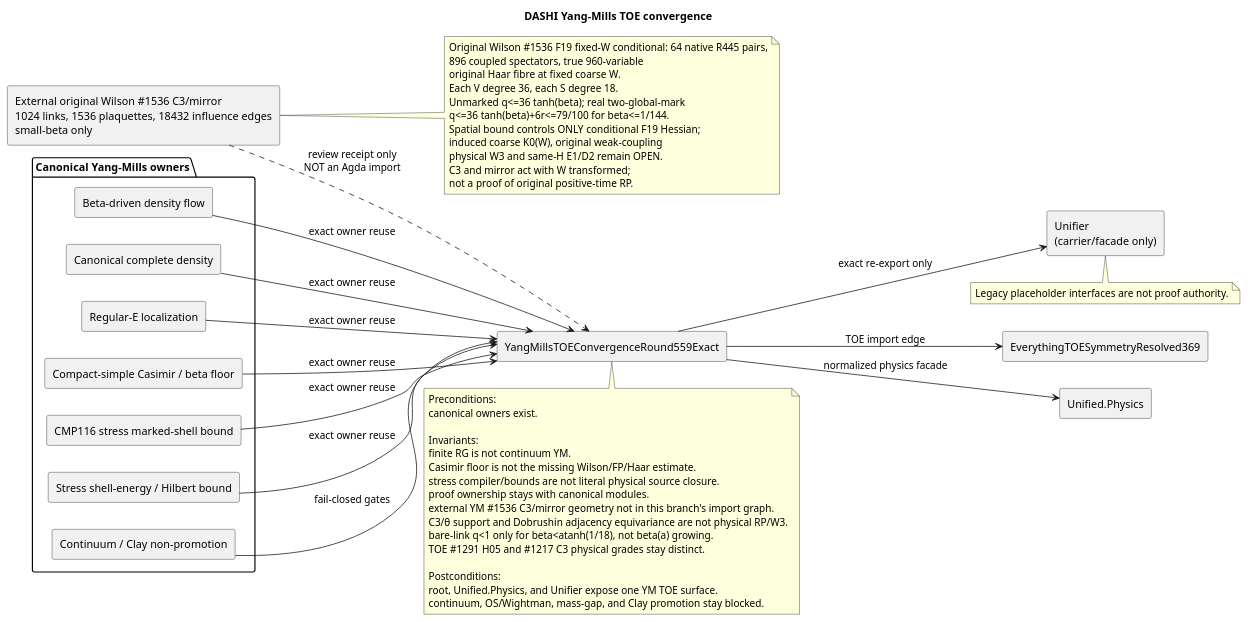
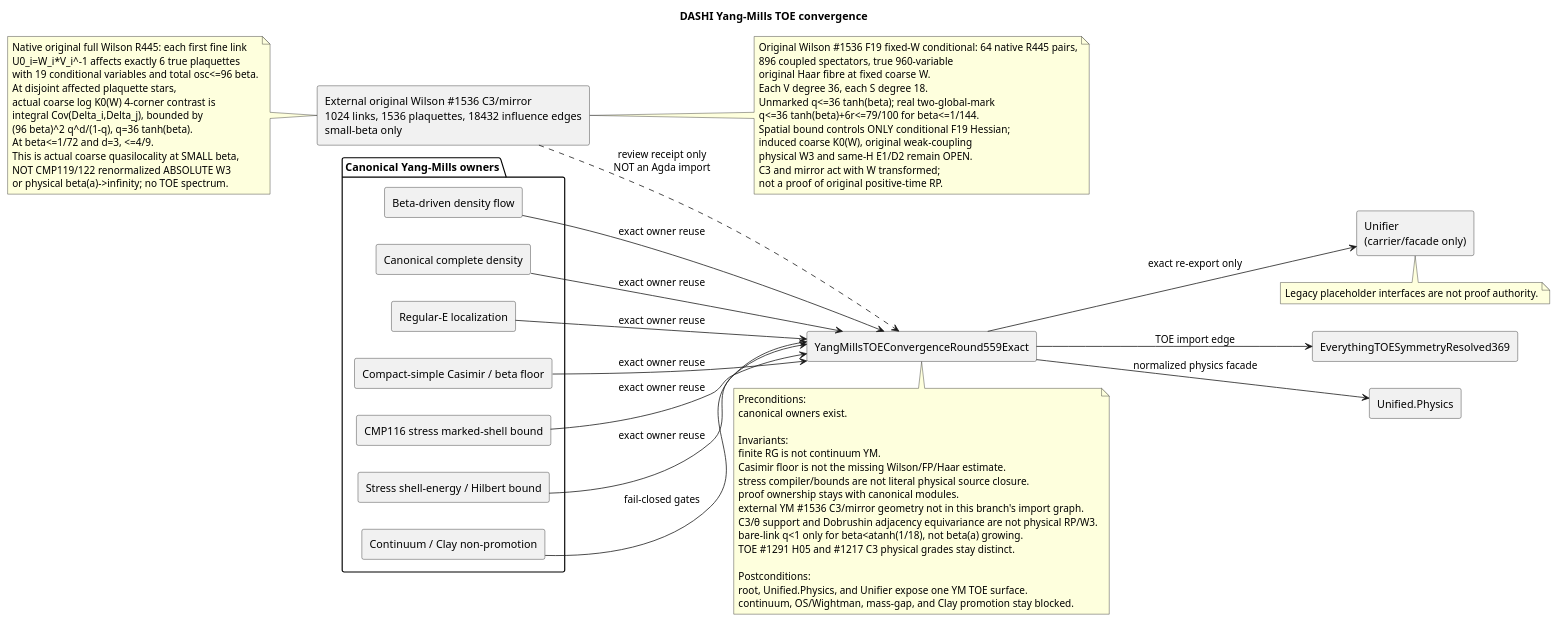
One commit to chboishabba/dashi_agda changed the diagram in Docs/diagrams/ym_toe_r559_convergence.puml. Above: the diagram before and after it, drawn with PlantUML.

Commit message:
TOE R559: source-own original induced R445 coarse K0 quasilocality at small beta; no physical W3 promotion

```diff
--- a/Docs/diagrams/ym_toe_r559_convergence.puml
+++ b/Docs/diagrams/ym_toe_r559_convergence.puml
@@ -1,73 +1,88 @@
 @startuml
 title DASHI Yang-Mills TOE convergence
 
 left to right direction
 skinparam componentStyle rectangle
 
 package "Canonical Yang-Mills owners" {
   component "Beta-driven density flow" as Beta
   component "Canonical complete density" as Density
   component "Regular-E localization" as RegularE
   component "Compact-simple Casimir / beta floor" as Casimir
   component "CMP116 stress marked-shell bound" as StressShell
   component "Stress shell-energy / Hilbert bound" as StressHilbert
   component "Continuum / Clay non-promotion" as NonPromotion
 }
 
 component "External original Wilson #1536 C3/mirror\n1024 links, 1536 plaquettes, 18432 influence edges\nsmall-beta only" as OriginalWilsonC3
 component "YangMillsTOEConvergenceRound559Exact" as YMTOE
 component "EverythingTOESymmetryResolved369" as Root
 component "Unified.Physics" as UnifiedPhysics
 component "Unifier\n(carrier/facade only)" as Unifier
 
 Beta --> YMTOE : exact owner reuse
 Density --> YMTOE : exact owner reuse
 RegularE --> YMTOE : exact owner reuse
 Casimir --> YMTOE : exact owner reuse
 StressShell --> YMTOE : exact owner reuse
 StressHilbert --> YMTOE : exact owner reuse
 NonPromotion --> YMTOE : fail-closed gates
 OriginalWilsonC3 ..> YMTOE : review receipt only\nNOT an Agda import
 
 YMTOE --> Root : TOE import edge
 YMTOE --> UnifiedPhysics : normalized physics facade
 YMTOE --> Unifier : exact re-export only
 
 note bottom of YMTOE
 Preconditions:
 canonical owners exist.
 
 Invariants:
 finite RG is not continuum YM.
 Casimir floor is not the missing Wilson/FP/Haar estimate.
 stress compiler/bounds are not literal physical source closure.
 proof ownership stays with canonical modules.
 external YM #1536 C3/mirror geometry not in this branch's import graph.
 C3/θ support and Dobrushin adjacency equivariance are not physical RP/W3.
 bare-link q<1 only for beta<atanh(1/18), not beta(a) growing.
 TOE #1291 H05 and #1217 C3 physical grades stay distinct.
 
 Postconditions:
 root, Unified.Physics, and Unifier expose one YM TOE surface.
 continuum, OS/Wightman, mass-gap, and Clay promotion stay blocked.
 end note
 
 note bottom of Unifier
 Legacy placeholder interfaces are not proof authority.
 end note
 
 ' 22-Nov external source receipt; graph/counts proven locally, not merged Agda
 note right of OriginalWilsonC3
 Original Wilson #1536 F19 fixed-W conditional: 64 native R445 pairs,
 896 coupled spectators, true 960-variable
 original Haar fibre at fixed coarse W.
 Each V degree 36, each S degree 18.
 Unmarked q<=36 tanh(beta); real two-global-mark
 q<=36 tanh(beta)+6r<=79/100 for beta<=1/144.
 Spatial bound controls ONLY conditional F19 Hessian;
 induced coarse K0(W), original weak-coupling
 physical W3 and same-H E1/D2 remain OPEN.
 C3 and mirror act with W transformed;
 not a proof of original positive-time RP.
 end note
+
+' 22-Nov stronger original Wilson first-R445 source: actual COARSE action
+note left of OriginalWilsonC3
+Native original full Wilson R445: each first fine link
+U0_i=W_i*V_i^-1 affects exactly 6 true plaquettes
+with 19 conditional variables and total osc<=96 beta.
+At disjoint affected plaquette stars,
+actual coarse log K0(W) 4-corner contrast is
+integral Cov(Delta_i,Delta_j), bounded by
+(96 beta)^2 q^d/(1-q), q=36 tanh(beta).
+At beta<=1/72 and d=3, <=4/9.
+This is actual coarse quasilocality at SMALL beta,
+NOT CMP119/122 renormalized ABSOLUTE W3
+or physical beta(a)->infinity; no TOE spectrum.
+end note
 @enduml
```
